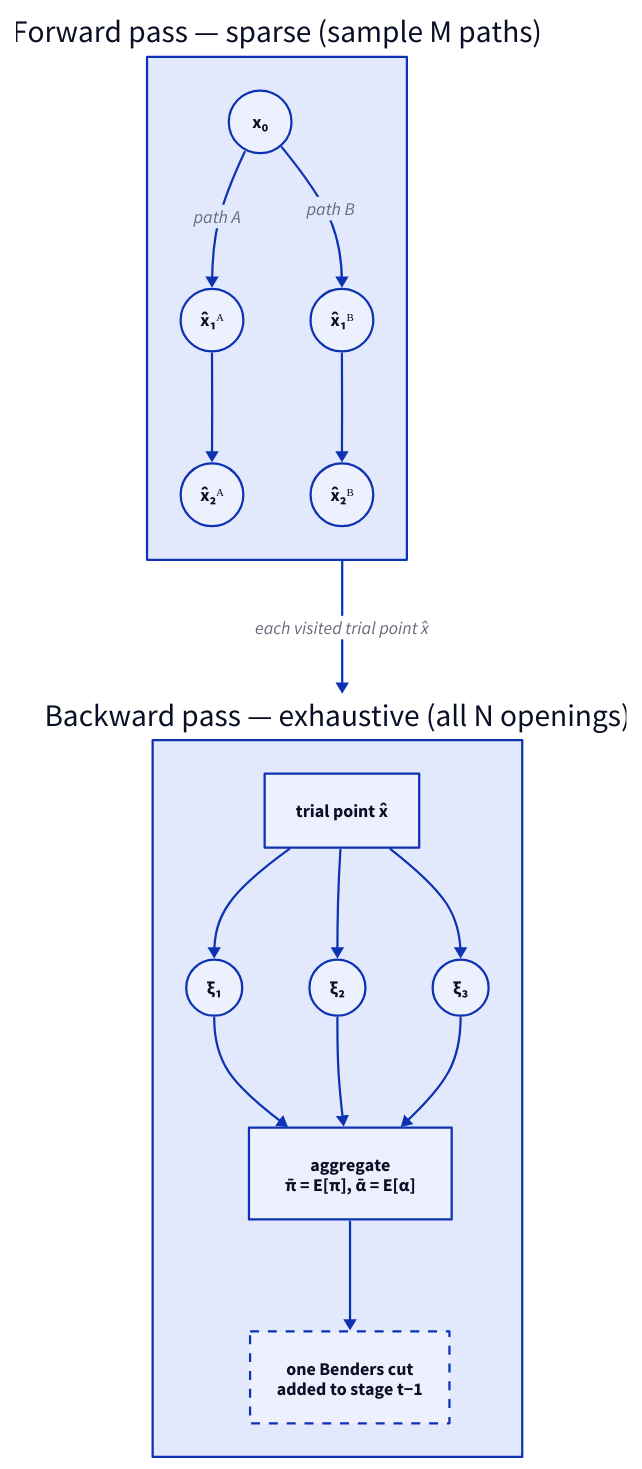
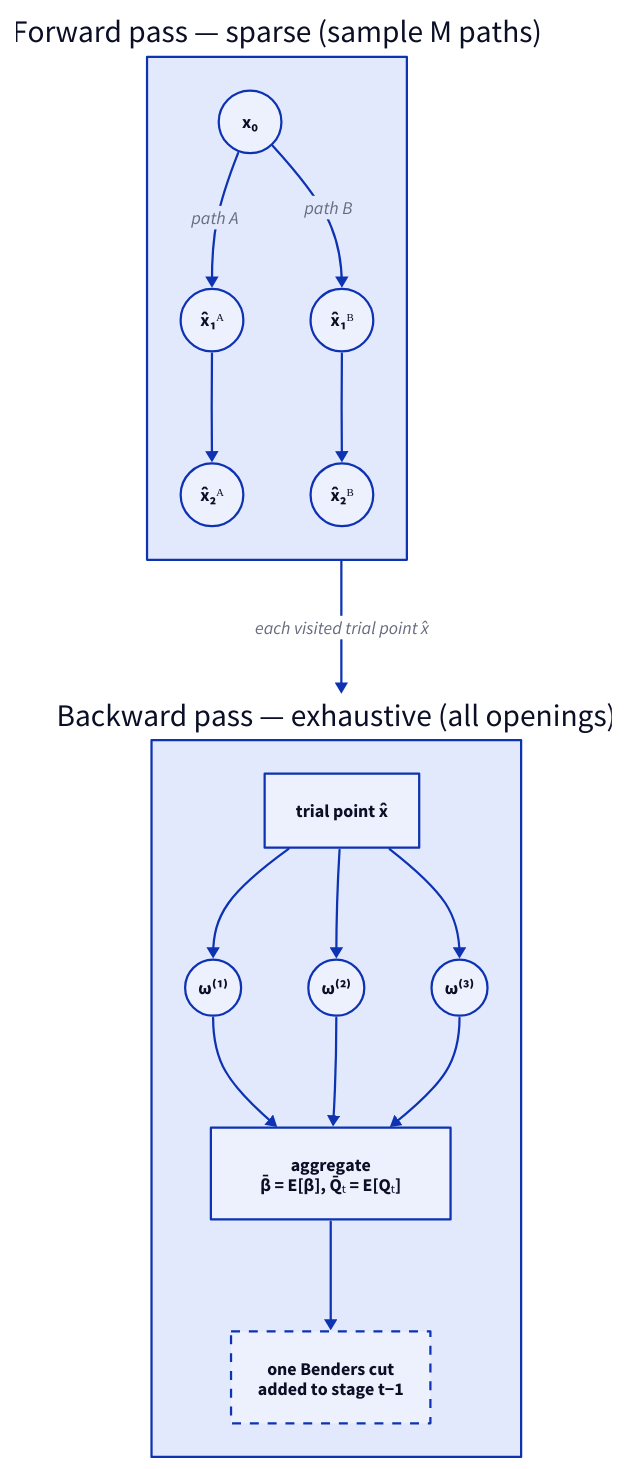
One commit to cobre-rs/cobre-docs changed the second of 2 diagrams in src/content/docs/math/sddp-algorithm.mdx. Above: the diagram before and after it, drawn with D2. The commit also changed other lines of this file and 33 other files, not shown here.

````diff
--- a/src/content/docs/math/sddp-algorithm.mdx
+++ b/src/content/docs/math/sddp-algorithm.mdx
@@ -123,44 +123,44 @@
 ```d2
 direction: down
 
 classes: {
   st: {shape: circle; width: 56; height: 56}
   op: {shape: circle; width: 50; height: 50}
 }
 
 forward: "Forward pass — sparse (sample M paths)" {
   direction: right
 
   x0: "x₀" {class: st}
   a1: "x̂₁ᴬ" {class: st}
   a2: "x̂₂ᴬ" {class: st}
   b1: "x̂₁ᴮ" {class: st}
   b2: "x̂₂ᴮ" {class: st}
 
   x0 -> a1: "path A"
   a1 -> a2
   x0 -> b1: "path B"
   b1 -> b2
 }
 
-backward: "Backward pass — exhaustive (all N openings)" {
+backward: "Backward pass — exhaustive (all openings)" {
   direction: down
 
   trial: "trial point x̂"
-  o1: "ξ₁" {class: op}
-  o2: "ξ₂" {class: op}
-  o3: "ξ₃" {class: op}
-  agg: "aggregate\nπ̄ = E[π],  ᾱ = E[α]"
+  o1: "ω⁽¹⁾" {class: op}
+  o2: "ω⁽²⁾" {class: op}
+  o3: "ω⁽³⁾" {class: op}
+  agg: "aggregate\nβ̄ = E[β],  Q̄ₜ = E[Qₜ]"
   cut: "one Benders cut\nadded to stage t−1" {style.stroke-dash: 4}
 
   trial -> o1
   trial -> o2
   trial -> o3
   o1 -> agg
   o2 -> agg
   o3 -> agg
   agg -> cut
 }
 
 forward -> backward: "each visited trial point x̂"
 ```
````
